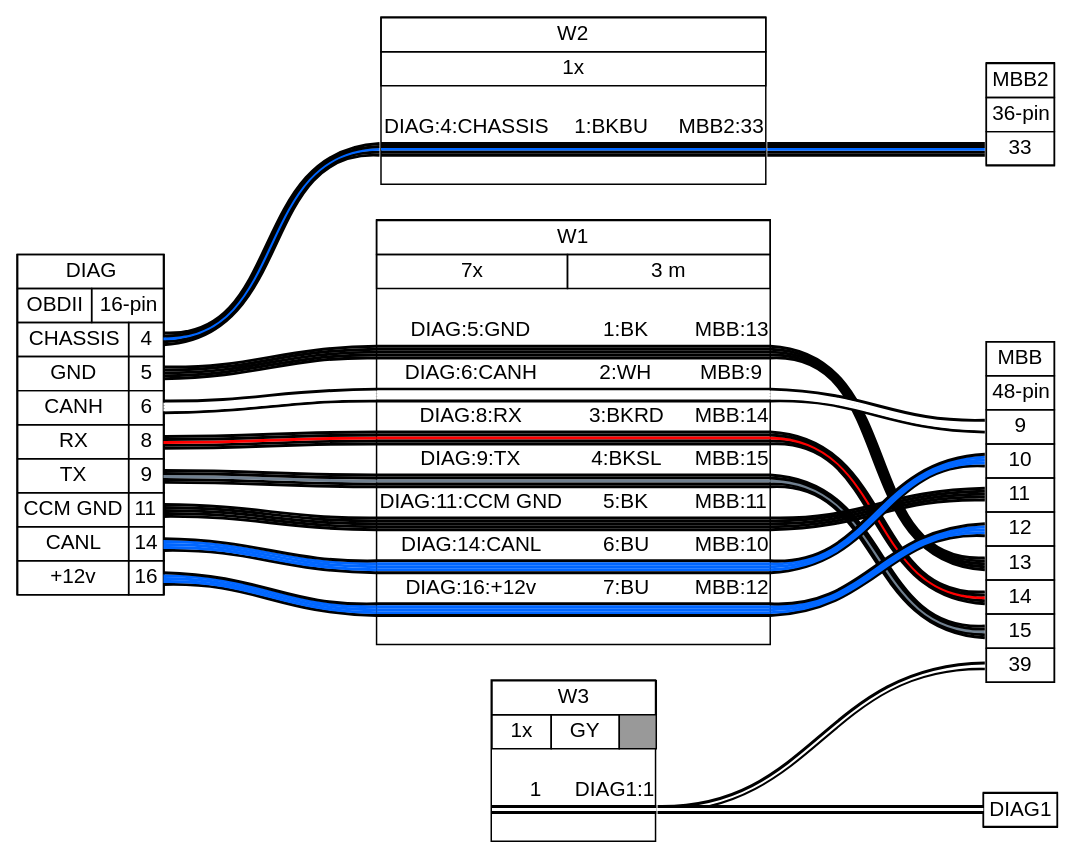
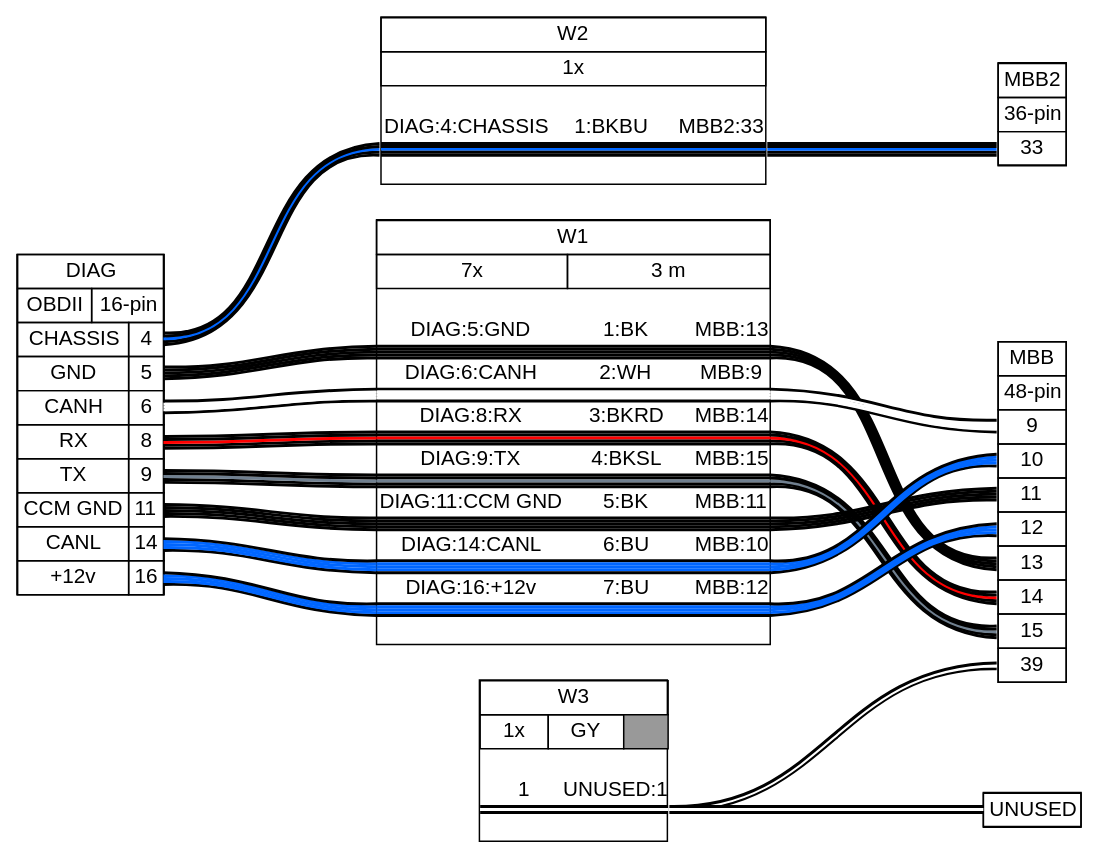
One commit to atomicdog/ZeroMotoWireharness changed the diagram in OBDII.gv. Above: the diagram before and after it, drawn with Graphviz. The commit also changed 9 other files, not shown here.

```diff
--- a/OBDII.gv
+++ b/OBDII.gv
@@ -118,11 +118,11 @@
  </td></tr>
 </table>
 > fillcolor="#FFFFFF" shape=box style=filled]
-	DIAG1 [label=<
+	UNUSED [label=<
 <table border="0" cellspacing="0" cellpadding="0">
  <tr><td>
   <table border="0" cellspacing="0" cellpadding="3" cellborder="1"><tr>
-   <td balign="left">DIAG1</td>
+   <td balign="left">UNUSED</td>
   </tr></table>
  </td></tr>
 </table>
@@ -337,7 +337,7 @@
 </table>
 > fillcolor="#FFFFFF" shape=box style=filled]
 	edge [color="#000000:#ffffff:#000000"]
-	W3:w1:e -- DIAG1:w
+	W3:w1:e -- UNUSED:w
 	edge [color="#000000:#ffffff:#000000"]
 	W3:w1:e -- MBB:p39l:w
 	W3 [label=<
@@ -362,7 +362,7 @@
     <td>
      1
     </td>
-    <td>DIAG1:1</td>
+    <td>UNUSED:1</td>
    </tr>
    <tr>
     <td colspan="3" border="0" cellspacing="0" cellpadding="0" port="w1" height="6">
```
